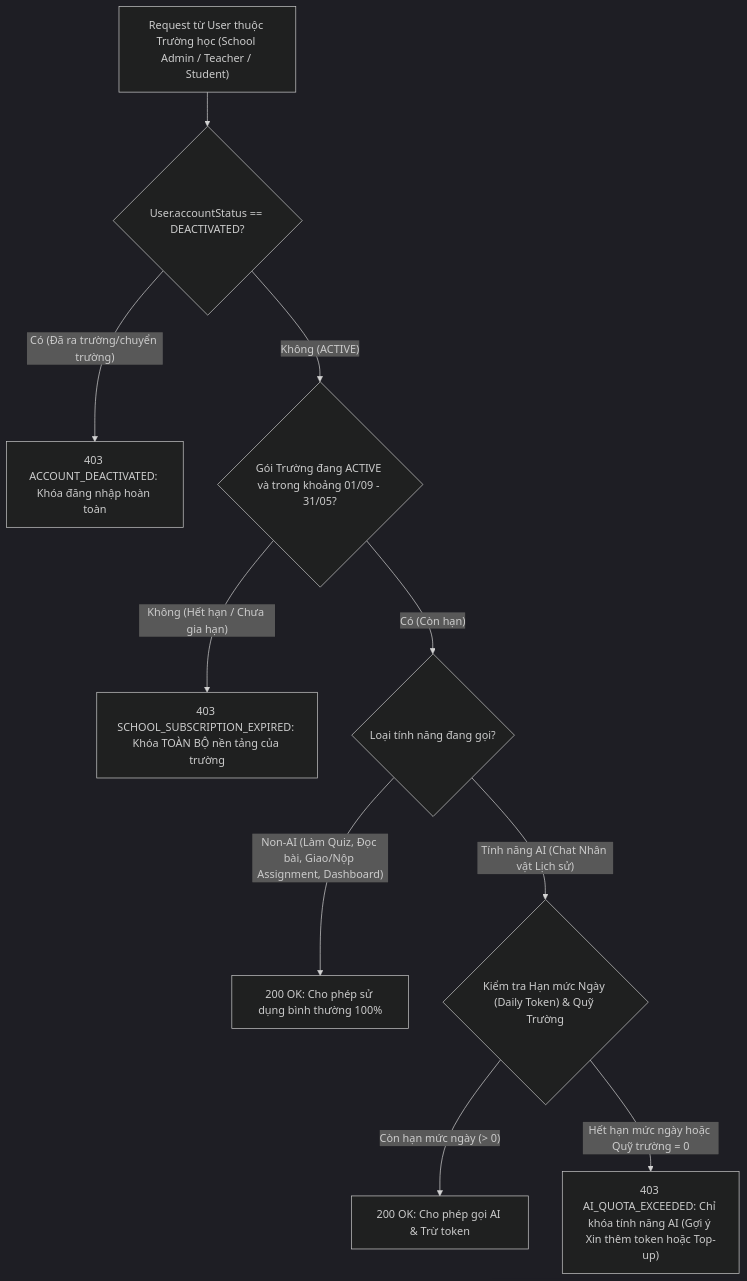
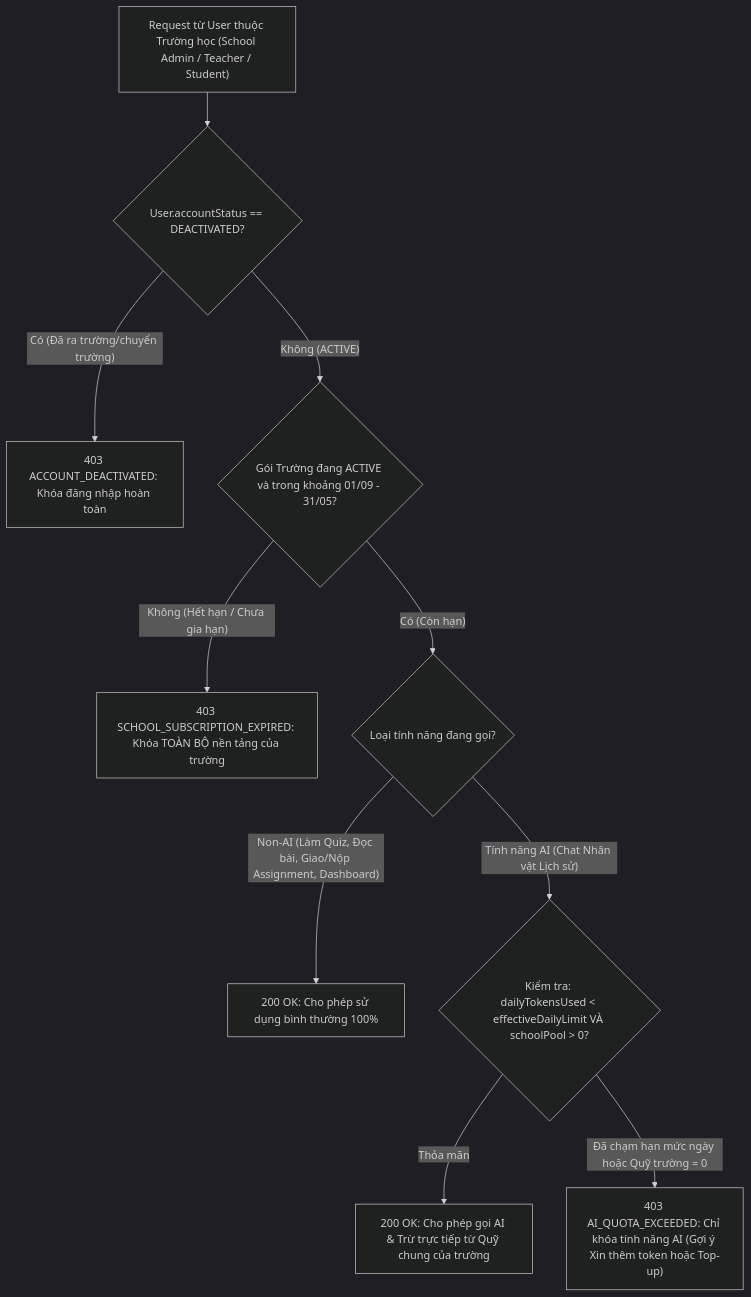
One commit to DinhTQSE/Capstone_FinalProject_HistoryTalk changed the second of 5 diagrams in docs/sprints/sprint_7/business_flows/school_subscription_daily_token_and_lifecycle_flow.md. Above: the diagram before and after it, drawn with Mermaid (dark theme). The commit also changed other lines of this file and 13 other files, not shown here.

Commit message:
refactor(school-token): switch to 100% pure shared pool with direct pool deduction and daily usage counter

````diff
--- a/docs/sprints/sprint_7/business_flows/school_subscription_daily_token_and_lifecycle_flow.md
+++ b/docs/sprints/sprint_7/business_flows/school_subscription_daily_token_and_lifecycle_flow.md
@@ -48,15 +48,15 @@
 ```mermaid
 flowchart TD
     Req["Request từ User thuộc Trường học (School Admin / Teacher / Student)"] --> CheckAccount{"User.accountStatus == DEACTIVATED?"}
     CheckAccount -- "Có (Đã ra trường/chuyển trường)" --> BlockLogin["403 ACCOUNT_DEACTIVATED: Khóa đăng nhập hoàn toàn"]
     CheckAccount -- "Không (ACTIVE)" --> CheckSchoolSub{"Gói Trường đang ACTIVE và trong khoảng 01/09 - 31/05?"}
 
     CheckSchoolSub -- "Không (Hết hạn / Chưa gia hạn)" --> BlockAll["403 SCHOOL_SUBSCRIPTION_EXPIRED: Khóa TOÀN BỘ nền tảng của trường"]
     CheckSchoolSub -- "Có (Còn hạn)" --> CheckFeatureType{"Loại tính năng đang gọi?"}
 
     CheckFeatureType -- "Non-AI (Làm Quiz, Đọc bài, Giao/Nộp Assignment, Dashboard)" --> AllowNonAI["200 OK: Cho phép sử dụng bình thường 100%"]
-    CheckFeatureType -- "Tính năng AI (Chat Nhân vật Lịch sử)" --> CheckDailyToken{"Kiểm tra Hạn mức Ngày (Daily Token) & Quỹ Trường"}
+    CheckFeatureType -- "Tính năng AI (Chat Nhân vật Lịch sử)" --> CheckDailyToken{"Kiểm tra: dailyTokensUsed < effectiveDailyLimit VÀ schoolPool > 0?"}
 
-    CheckDailyToken -- "Còn hạn mức ngày (> 0)" --> AllowAI["200 OK: Cho phép gọi AI & Trừ token"]
-    CheckDailyToken -- "Hết hạn mức ngày hoặc Quỹ trường = 0" --> BlockAIOnly["403 AI_QUOTA_EXCEEDED: Chỉ khóa tính năng AI (Gợi ý Xin thêm token hoặc Top-up)"]
+    CheckDailyToken -- "Thỏa mãn" --> AllowAI["200 OK: Cho phép gọi AI & Trừ trực tiếp từ Quỹ chung của trường"]
+    CheckDailyToken -- "Đã chạm hạn mức ngày hoặc Quỹ trường = 0" --> BlockAIOnly["403 AI_QUOTA_EXCEEDED: Chỉ khóa tính năng AI (Gợi ý Xin thêm token hoặc Top-up)"]
 ```
````
